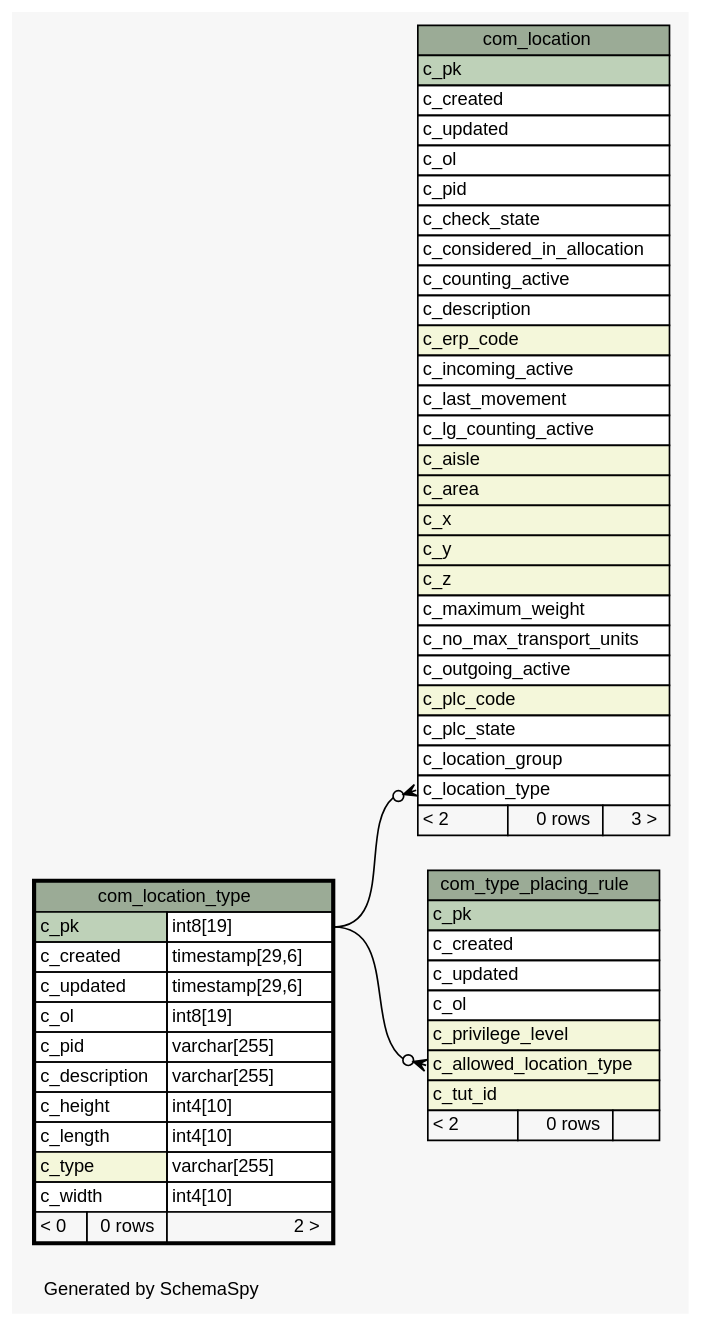
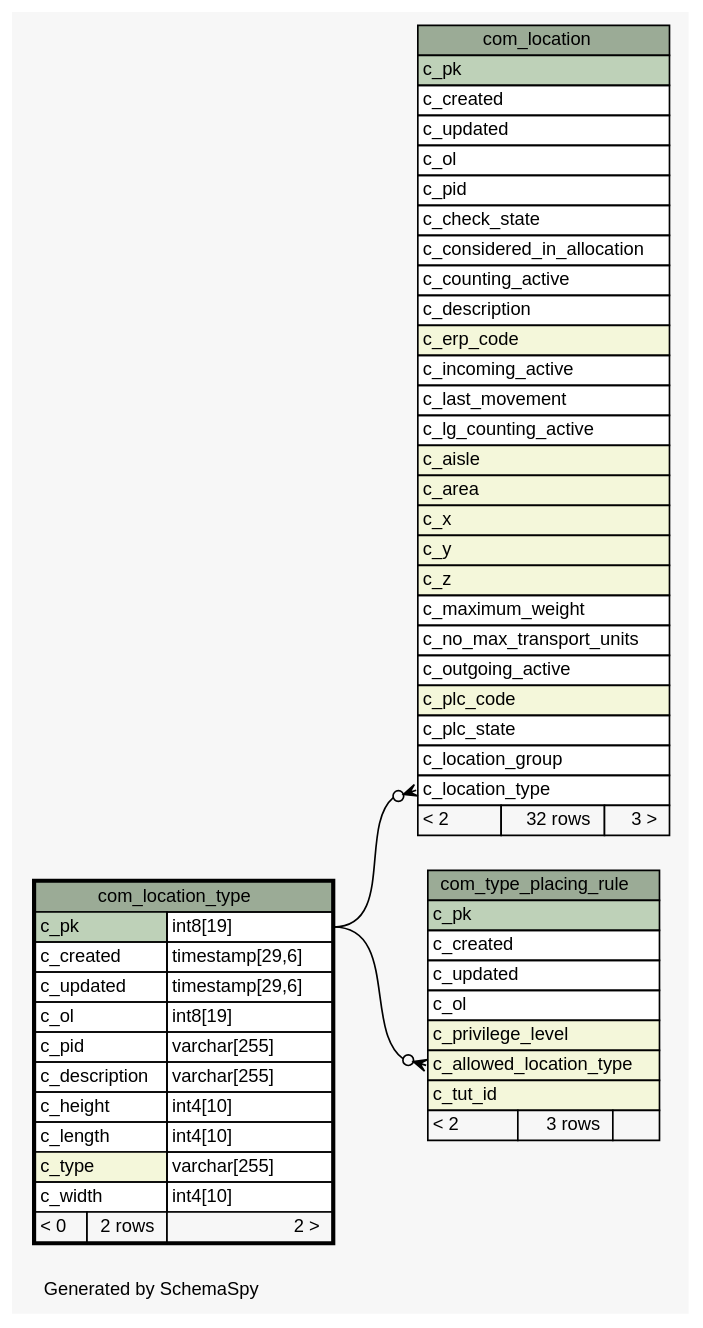
The diagram in schemaspy/diagrams/com_location_type.1degree.dot (openwms/org.openwms.common.service.lib), drawn with Graphviz before and after one commit. The commit also changed 551 other files, not shown here.

```diff
--- a/schemaspy/diagrams/com_location_type.1degree.dot
+++ b/schemaspy/diagrams/com_location_type.1degree.dot
@@ -1,93 +1,93 @@
-// dot 2.38.0 on Linux 4.15.0-1037-gcp
+// dot 2.36.0 on Linux 4.4.0-101-generic
 // SchemaSpy rev Unknown
 digraph "oneDegreeRelationshipsDiagram" {
   graph [
     rankdir="RL"
     bgcolor="#f7f7f7"
     label="\nGenerated by SchemaSpy"
     labeljust="l"
     nodesep="0.18"
     ranksep="0.46"
     fontname="Helvetica"
     fontsize="11"
   ];
   node [
     fontname="Helvetica"
     fontsize="11"
     shape="plaintext"
   ];
   edge [
     arrowsize="0.8"
   ];
   "com_location":"c_location_type":w -> "com_location_type":"c_pk.type":e [arrowhead=none dir=back arrowtail=crowodot];
   "com_type_placing_rule":"c_allowed_location_type":w -> "com_location_type":"c_pk.type":e [arrowhead=none dir=back arrowtail=crowodot];
   "com_location" [
     label=<
     <TABLE BORDER="0" CELLBORDER="1" CELLSPACING="0" BGCOLOR="#ffffff">
       <TR><TD COLSPAN="3" BGCOLOR="#9bab96" ALIGN="CENTER">com_location</TD></TR>
       <TR><TD PORT="c_pk" COLSPAN="3" BGCOLOR="#bed1b8" ALIGN="LEFT">c_pk</TD></TR>
       <TR><TD PORT="c_created" COLSPAN="3" ALIGN="LEFT">c_created</TD></TR>
       <TR><TD PORT="c_updated" COLSPAN="3" ALIGN="LEFT">c_updated</TD></TR>
       <TR><TD PORT="c_ol" COLSPAN="3" ALIGN="LEFT">c_ol</TD></TR>
       <TR><TD PORT="c_pid" COLSPAN="3" ALIGN="LEFT">c_pid</TD></TR>
       <TR><TD PORT="c_check_state" COLSPAN="3" ALIGN="LEFT">c_check_state</TD></TR>
       <TR><TD PORT="c_considered_in_allocation" COLSPAN="3" ALIGN="LEFT">c_considered_in_allocation</TD></TR>
       <TR><TD PORT="c_counting_active" COLSPAN="3" ALIGN="LEFT">c_counting_active</TD></TR>
       <TR><TD PORT="c_description" COLSPAN="3" ALIGN="LEFT">c_description</TD></TR>
       <TR><TD PORT="c_erp_code" COLSPAN="3" BGCOLOR="#f4f7da" ALIGN="LEFT">c_erp_code</TD></TR>
       <TR><TD PORT="c_incoming_active" COLSPAN="3" ALIGN="LEFT">c_incoming_active</TD></TR>
       <TR><TD PORT="c_last_movement" COLSPAN="3" ALIGN="LEFT">c_last_movement</TD></TR>
       <TR><TD PORT="c_lg_counting_active" COLSPAN="3" ALIGN="LEFT">c_lg_counting_active</TD></TR>
       <TR><TD PORT="c_aisle" COLSPAN="3" BGCOLOR="#f4f7da" ALIGN="LEFT">c_aisle</TD></TR>
       <TR><TD PORT="c_area" COLSPAN="3" BGCOLOR="#f4f7da" ALIGN="LEFT">c_area</TD></TR>
       <TR><TD PORT="c_x" COLSPAN="3" BGCOLOR="#f4f7da" ALIGN="LEFT">c_x</TD></TR>
       <TR><TD PORT="c_y" COLSPAN="3" BGCOLOR="#f4f7da" ALIGN="LEFT">c_y</TD></TR>
       <TR><TD PORT="c_z" COLSPAN="3" BGCOLOR="#f4f7da" ALIGN="LEFT">c_z</TD></TR>
       <TR><TD PORT="c_maximum_weight" COLSPAN="3" ALIGN="LEFT">c_maximum_weight</TD></TR>
       <TR><TD PORT="c_no_max_transport_units" COLSPAN="3" ALIGN="LEFT">c_no_max_transport_units</TD></TR>
       <TR><TD PORT="c_outgoing_active" COLSPAN="3" ALIGN="LEFT">c_outgoing_active</TD></TR>
       <TR><TD PORT="c_plc_code" COLSPAN="3" BGCOLOR="#f4f7da" ALIGN="LEFT">c_plc_code</TD></TR>
       <TR><TD PORT="c_plc_state" COLSPAN="3" ALIGN="LEFT">c_plc_state</TD></TR>
       <TR><TD PORT="c_location_group" COLSPAN="3" ALIGN="LEFT">c_location_group</TD></TR>
       <TR><TD PORT="c_location_type" COLSPAN="3" ALIGN="LEFT">c_location_type</TD></TR>
-      <TR><TD ALIGN="LEFT" BGCOLOR="#f7f7f7">&lt; 2</TD><TD ALIGN="RIGHT" BGCOLOR="#f7f7f7">0 rows</TD><TD ALIGN="RIGHT" BGCOLOR="#f7f7f7">3 &gt;</TD></TR>
+      <TR><TD ALIGN="LEFT" BGCOLOR="#f7f7f7">&lt; 2</TD><TD ALIGN="RIGHT" BGCOLOR="#f7f7f7">32 rows</TD><TD ALIGN="RIGHT" BGCOLOR="#f7f7f7">3 &gt;</TD></TR>
     </TABLE>>
     URL="com_location.html"
     tooltip="com_location"
   ];
   "com_location_type" [
     label=<
     <TABLE BORDER="2" CELLBORDER="1" CELLSPACING="0" BGCOLOR="#ffffff">
       <TR><TD COLSPAN="3" BGCOLOR="#9bab96" ALIGN="CENTER">com_location_type</TD></TR>
       <TR><TD PORT="c_pk" COLSPAN="2" BGCOLOR="#bed1b8" ALIGN="LEFT">c_pk</TD><TD PORT="c_pk.type" ALIGN="LEFT">int8[19]</TD></TR>
       <TR><TD PORT="c_created" COLSPAN="2" ALIGN="LEFT">c_created</TD><TD PORT="c_created.type" ALIGN="LEFT">timestamp[29,6]</TD></TR>
       <TR><TD PORT="c_updated" COLSPAN="2" ALIGN="LEFT">c_updated</TD><TD PORT="c_updated.type" ALIGN="LEFT">timestamp[29,6]</TD></TR>
       <TR><TD PORT="c_ol" COLSPAN="2" ALIGN="LEFT">c_ol</TD><TD PORT="c_ol.type" ALIGN="LEFT">int8[19]</TD></TR>
       <TR><TD PORT="c_pid" COLSPAN="2" ALIGN="LEFT">c_pid</TD><TD PORT="c_pid.type" ALIGN="LEFT">varchar[255]</TD></TR>
       <TR><TD PORT="c_description" COLSPAN="2" ALIGN="LEFT">c_description</TD><TD PORT="c_description.type" ALIGN="LEFT">varchar[255]</TD></TR>
       <TR><TD PORT="c_height" COLSPAN="2" ALIGN="LEFT">c_height</TD><TD PORT="c_height.type" ALIGN="LEFT">int4[10]</TD></TR>
       <TR><TD PORT="c_length" COLSPAN="2" ALIGN="LEFT">c_length</TD><TD PORT="c_length.type" ALIGN="LEFT">int4[10]</TD></TR>
       <TR><TD PORT="c_type" COLSPAN="2" BGCOLOR="#f4f7da" ALIGN="LEFT">c_type</TD><TD PORT="c_type.type" ALIGN="LEFT">varchar[255]</TD></TR>
       <TR><TD PORT="c_width" COLSPAN="2" ALIGN="LEFT">c_width</TD><TD PORT="c_width.type" ALIGN="LEFT">int4[10]</TD></TR>
-      <TR><TD ALIGN="LEFT" BGCOLOR="#f7f7f7">&lt; 0</TD><TD ALIGN="RIGHT" BGCOLOR="#f7f7f7">0 rows</TD><TD ALIGN="RIGHT" BGCOLOR="#f7f7f7">2 &gt;</TD></TR>
+      <TR><TD ALIGN="LEFT" BGCOLOR="#f7f7f7">&lt; 0</TD><TD ALIGN="RIGHT" BGCOLOR="#f7f7f7">2 rows</TD><TD ALIGN="RIGHT" BGCOLOR="#f7f7f7">2 &gt;</TD></TR>
     </TABLE>>
     URL="com_location_type.html"
     tooltip="com_location_type"
   ];
   "com_type_placing_rule" [
     label=<
     <TABLE BORDER="0" CELLBORDER="1" CELLSPACING="0" BGCOLOR="#ffffff">
       <TR><TD COLSPAN="3" BGCOLOR="#9bab96" ALIGN="CENTER">com_type_placing_rule</TD></TR>
       <TR><TD PORT="c_pk" COLSPAN="3" BGCOLOR="#bed1b8" ALIGN="LEFT">c_pk</TD></TR>
       <TR><TD PORT="c_created" COLSPAN="3" ALIGN="LEFT">c_created</TD></TR>
       <TR><TD PORT="c_updated" COLSPAN="3" ALIGN="LEFT">c_updated</TD></TR>
       <TR><TD PORT="c_ol" COLSPAN="3" ALIGN="LEFT">c_ol</TD></TR>
       <TR><TD PORT="c_privilege_level" COLSPAN="3" BGCOLOR="#f4f7da" ALIGN="LEFT">c_privilege_level</TD></TR>
       <TR><TD PORT="c_allowed_location_type" COLSPAN="3" BGCOLOR="#f4f7da" ALIGN="LEFT">c_allowed_location_type</TD></TR>
       <TR><TD PORT="c_tut_id" COLSPAN="3" BGCOLOR="#f4f7da" ALIGN="LEFT">c_tut_id</TD></TR>
-      <TR><TD ALIGN="LEFT" BGCOLOR="#f7f7f7">&lt; 2</TD><TD ALIGN="RIGHT" BGCOLOR="#f7f7f7">0 rows</TD><TD ALIGN="RIGHT" BGCOLOR="#f7f7f7">  </TD></TR>
+      <TR><TD ALIGN="LEFT" BGCOLOR="#f7f7f7">&lt; 2</TD><TD ALIGN="RIGHT" BGCOLOR="#f7f7f7">3 rows</TD><TD ALIGN="RIGHT" BGCOLOR="#f7f7f7">  </TD></TR>
     </TABLE>>
     URL="com_type_placing_rule.html"
     tooltip="com_type_placing_rule"
   ];
 }
```
